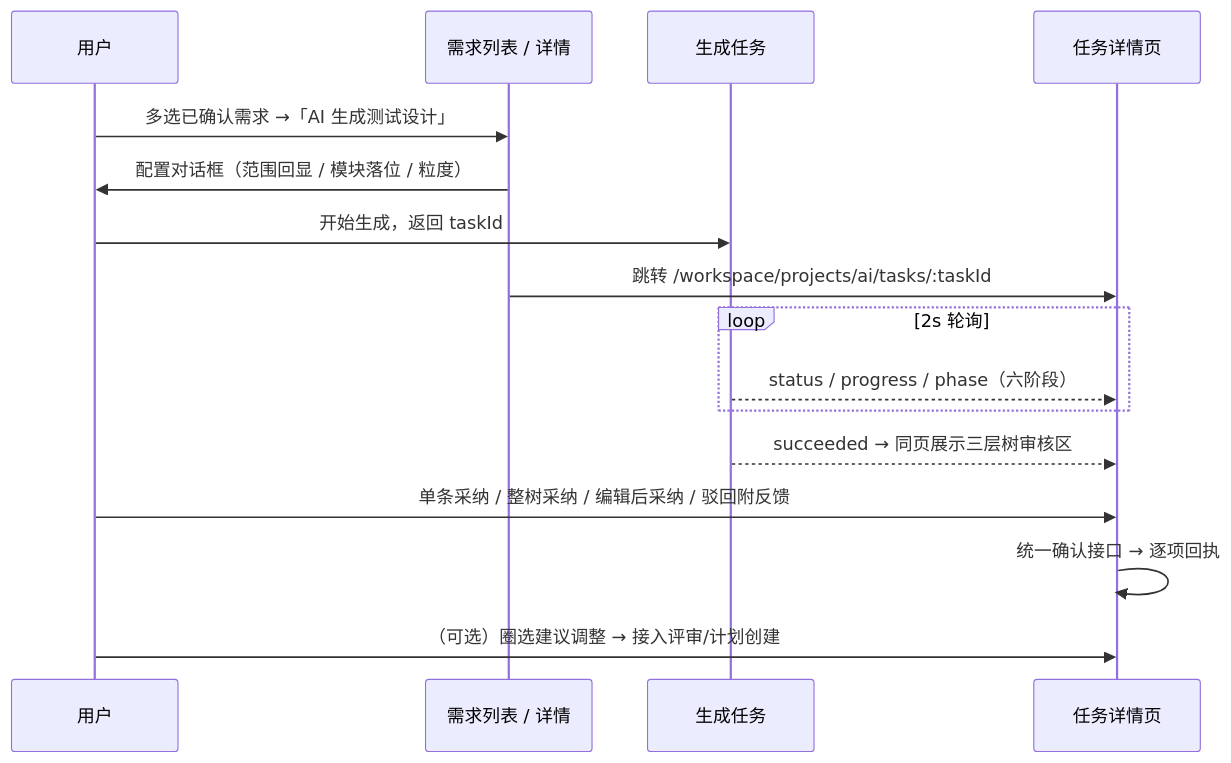
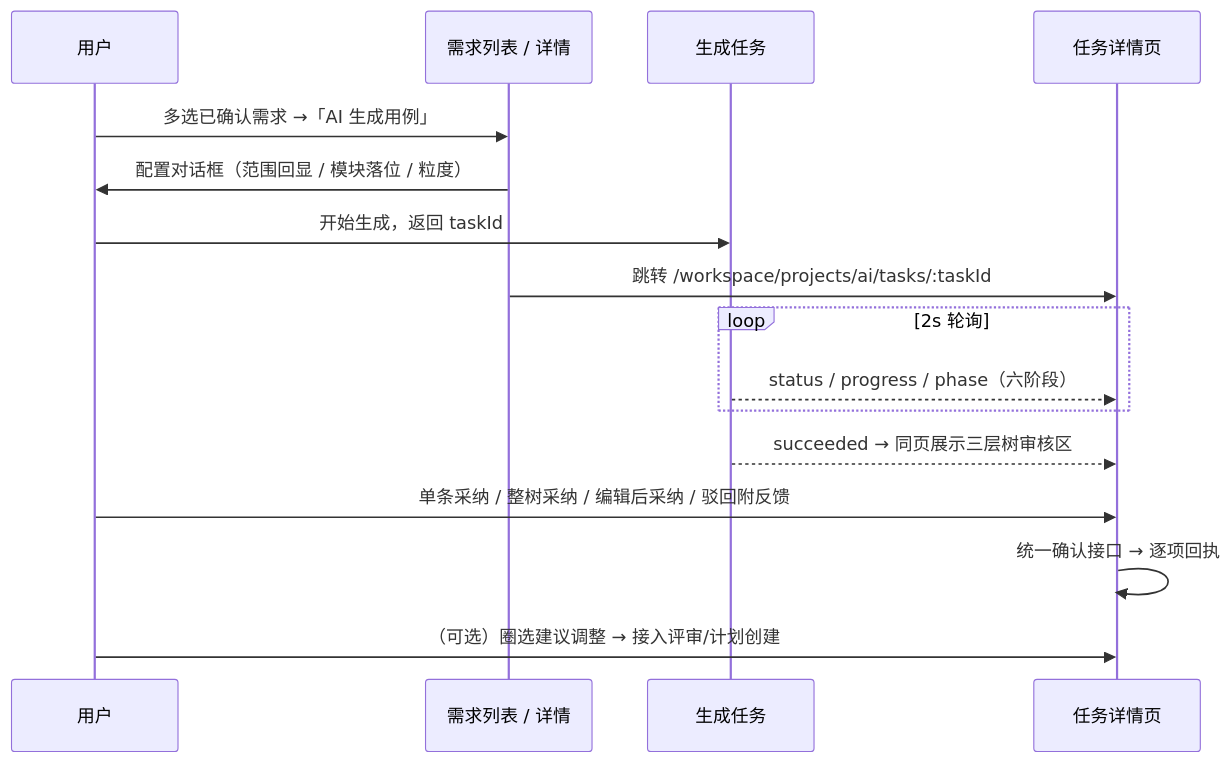
Before and after one commit to XiaoMiSum/robotest: the diagram in docs/05-interaction-design/07-ai-capability/04-ai-generation-ui.md, drawn with Mermaid. The commit also changed other lines of this file and 4 other files, not shown here.

Commit message:
📝 docs(ai): 「AI 生成测试设计」入口更名「AI 生成用例」并补 tooltip 说明

````diff
--- a/docs/05-interaction-design/07-ai-capability/04-ai-generation-ui.md
+++ b/docs/05-interaction-design/07-ai-capability/04-ai-generation-ui.md
@@ -81,18 +82,18 @@
 ```mermaid
 sequenceDiagram
   participant U as 用户
   participant R as 需求列表 / 详情
   participant G as 生成任务
   participant D as 任务详情页
-  U->>R: 多选已确认需求 →「AI 生成测试设计」
+  U->>R: 多选已确认需求 →「AI 生成用例」
   R->>U: 配置对话框（范围回显 / 模块落位 / 粒度）
   U->>G: 开始生成，返回 taskId
   R->>D: 跳转 /workspace/projects/ai/tasks/:taskId
   loop 2s 轮询
     G-->>D: status / progress / phase（六阶段）
   end
   G-->>D: succeeded → 同页展示三层树审核区
   U->>D: 单条采纳 / 整树采纳 / 编辑后采纳 / 驳回附反馈
   D->>D: 统一确认接口 → 逐项回执
   U->>D: （可选）圈选建议调整 → 接入评审/计划创建
 ```
````
